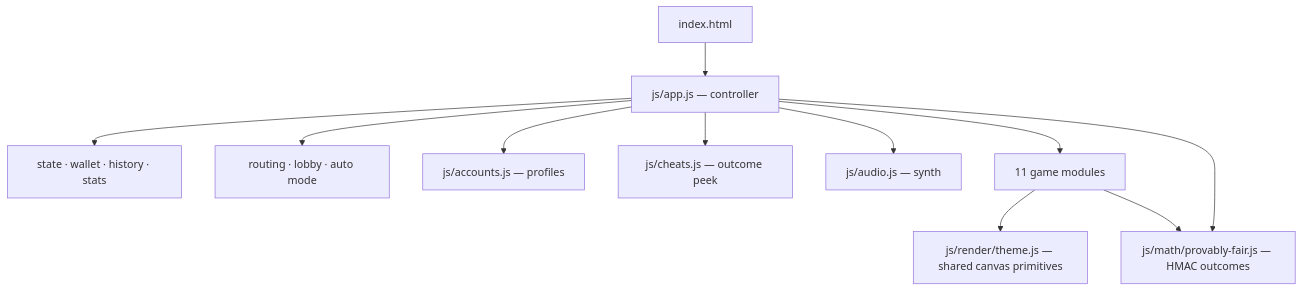
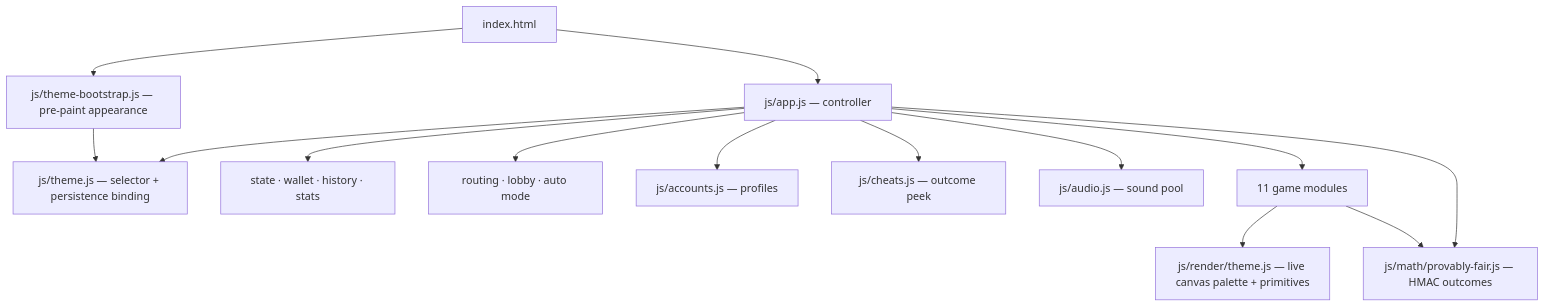
One commit to Nou4r/nours-casino changed the diagram in README.md. Above: the diagram before and after it, drawn with Mermaid. The commit also changed other lines of this file and 100 other files, not shown here.

````diff
--- a/README.md
+++ b/README.md
@@ -192,13 +195,16 @@
 ```mermaid
 flowchart TD
-  A[index.html] --> B[js/app.js — controller]
+  A[index.html] --> P[js/theme-bootstrap.js — pre-paint appearance]
+  A --> B[js/app.js — controller]
+  P --> Q[js/theme.js — selector + persistence binding]
+  B --> Q
   B --> C[state · wallet · history · stats]
   B --> D[routing · lobby · auto mode]
   B --> E[js/accounts.js — profiles]
   B --> F[js/cheats.js — outcome peek]
-  B --> G[js/audio.js — synth]
+  B --> G[js/audio.js — sound pool]
   B --> H[11 game modules]
-  H --> I[js/render/theme.js — shared canvas primitives]
+  H --> I[js/render/theme.js — live canvas palette + primitives]
   H --> J[js/math/provably-fair.js — HMAC outcomes]
   B --> J
 ```
````
